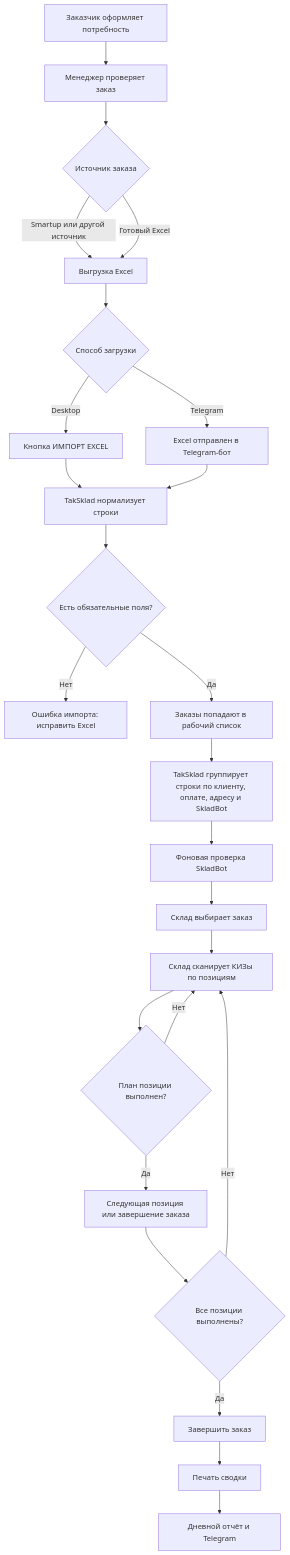
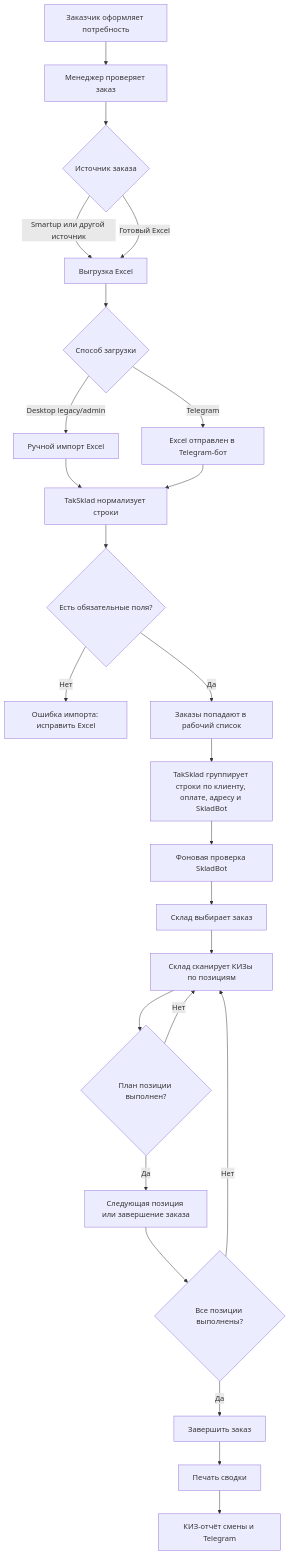
One commit to 1fear/TakSklad changed the first of 3 diagrams in docs/user-business-process-guide.md. Above: the diagram before and after it, drawn with Mermaid. The commit also changed other lines of this file and 72 other files, not shown here.

````diff
--- a/docs/user-business-process-guide.md
+++ b/docs/user-business-process-guide.md
@@ -161,27 +153,27 @@
 ```mermaid
 flowchart TD
     A["Заказчик оформляет потребность"] --> B["Менеджер проверяет заказ"]
     B --> C{"Источник заказа"}
     C -->|Smartup или другой источник| D["Выгрузка Excel"]
     C -->|Готовый Excel| D
     D --> E{"Способ загрузки"}
-    E -->|Desktop| F["Кнопка ИМПОРТ EXCEL"]
+    E -->|Desktop legacy/admin| F["Ручной импорт Excel"]
     E -->|Telegram| G["Excel отправлен в Telegram-бот"]
     F --> H["TakSklad нормализует строки"]
     G --> H
     H --> I{"Есть обязательные поля?"}
     I -->|Нет| J["Ошибка импорта: исправить Excel"]
     I -->|Да| K["Заказы попадают в рабочий список"]
     K --> L["TakSklad группирует строки по клиенту, оплате, адресу и SkladBot"]
     L --> M["Фоновая проверка SkladBot"]
     M --> N["Склад выбирает заказ"]
     N --> O["Склад сканирует КИЗы по позициям"]
     O --> P{"План позиции выполнен?"}
     P -->|Нет| O
     P -->|Да| Q["Следующая позиция или завершение заказа"]
     Q --> R{"Все позиции выполнены?"}
     R -->|Нет| O
     R -->|Да| S["Завершить заказ"]
     S --> T["Печать сводки"]
-    T --> U["Дневной отчёт и Telegram"]
+    T --> U["КИЗ-отчёт смены и Telegram"]
 ```
````
